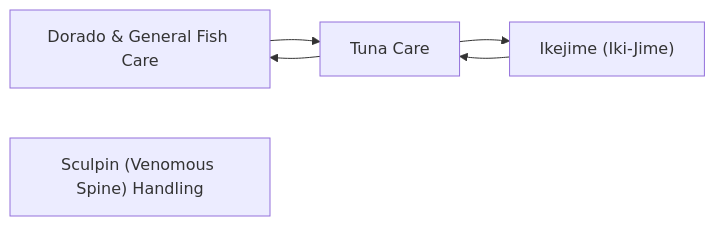
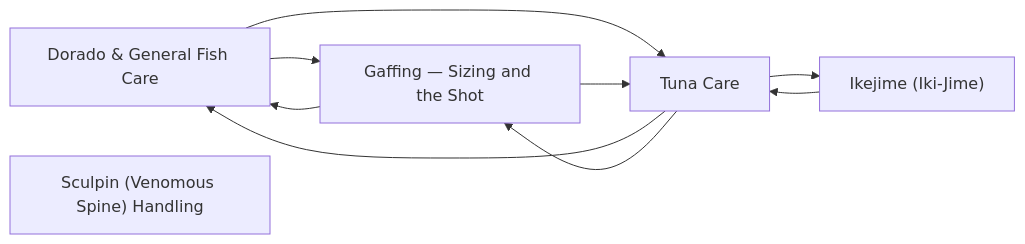
One commit to camchuckpete-max/Socal-Fishing-Knowledge changed the diagram in fish-care/README.md. Above: the diagram before and after it, drawn with Mermaid. The commit also changed other lines of this file and 9 other files, not shown here.

````diff
--- a/fish-care/README.md
+++ b/fish-care/README.md
@@ -17,11 +18,16 @@
 ```mermaid
 graph LR
   n0["Dorado & General Fish Care"]
-  n1["Ikejime (Iki-Jime)"]
-  n2["Sculpin (Venomous Spine) Handling"]
-  n3["Tuna Care"]
-  n0 --> n3
-  n1 --> n3
-  n3 --> n0
-  n3 --> n1
+  n1["Gaffing — Sizing and the Shot"]
+  n2["Ikejime (Iki-Jime)"]
+  n3["Sculpin (Venomous Spine) Handling"]
+  n4["Tuna Care"]
+  n0 --> n1
+  n0 --> n4
+  n1 --> n0
+  n1 --> n4
+  n2 --> n4
+  n4 --> n0
+  n4 --> n1
+  n4 --> n2
 ```
````
